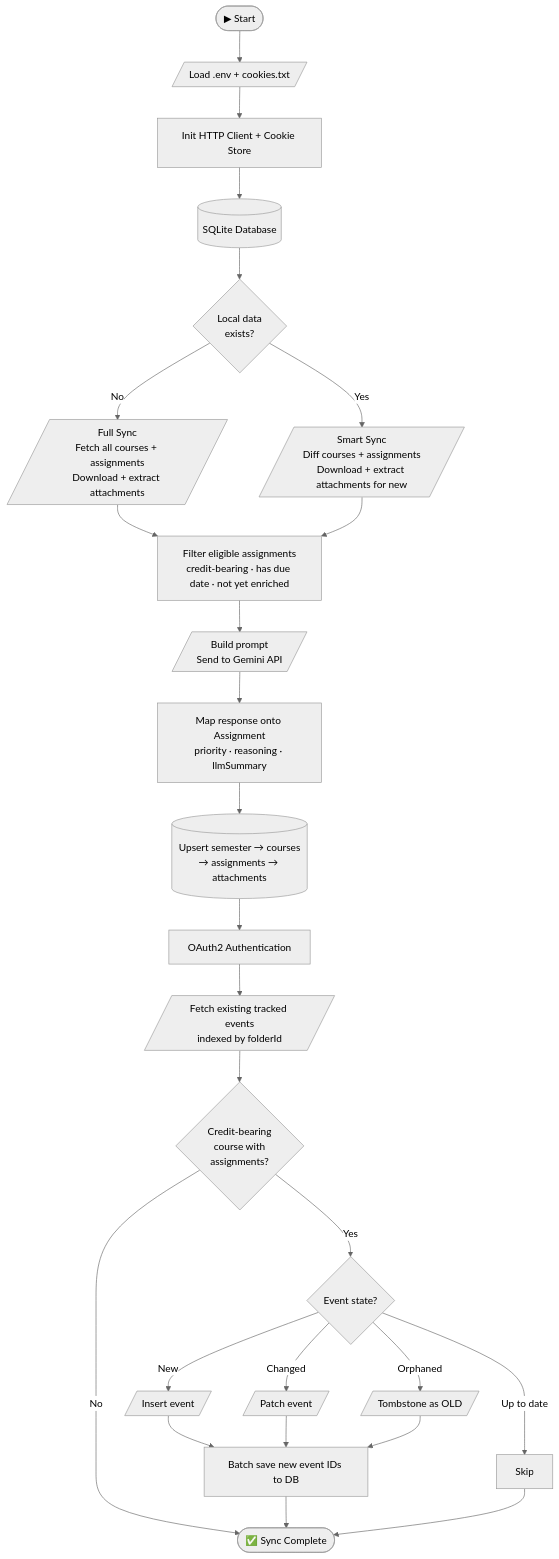
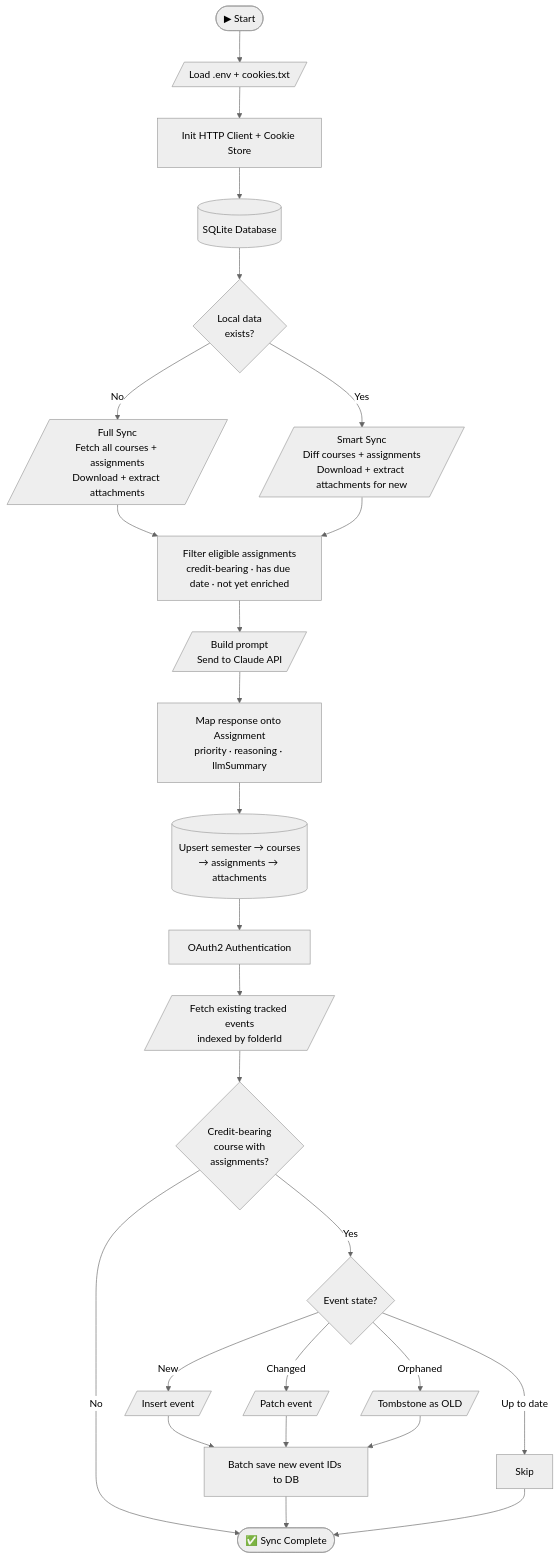
Before and after one commit to Adamolids/Brightspace_Assignment_Tracker: the diagram in README.md, drawn with Mermaid (neutral theme). The commit also changed other lines of this file and 16 other files, not shown here.

First line of the commit message:
Replace Gemini with Claude for assignment enrichment

````diff
--- a/README.md
+++ b/README.md
@@ -46,40 +54,40 @@
 ```mermaid
 flowchart TD
     START([▶ Start])
 
     START --> A1
 
     A1[/Load .env + cookies.txt/] --> A2[Init HTTP Client + Cookie Store]
     A2 --> A3[(SQLite Database)]
 
     A3 --> B1
 
     B1{Local data<br/>exists?}
     B1 -->|No| B2[/Full Sync<br/>Fetch all courses + assignments<br/>Download + extract attachments/]
     B1 -->|Yes| B3[/Smart Sync<br/>Diff courses + assignments<br/>Download + extract attachments for new/]
 
     B2 & B3 --> C1
 
-    C1[Filter eligible assignments<br/>credit-bearing · has due date · not yet enriched] --> C2[/Build prompt<br/>Send to Gemini API/]
+    C1[Filter eligible assignments<br/>credit-bearing · has due date · not yet enriched] --> C2[/Build prompt<br/>Send to Claude API/]
     C2 --> C3[Map response onto Assignment<br/>priority · reasoning · llmSummary]
 
     C3 --> D1
 
     D1[(Upsert semester → courses<br/>→ assignments → attachments)]
 
     D1 --> E1
 
     E1[OAuth2 Authentication] --> E2[/Fetch existing tracked events<br/>indexed by folderId/]
     E2 --> D2{Credit-bearing<br/>course with<br/>assignments?}
     D2 -->|No| END
     D2 -->|Yes| E3{Event state?}
 
     E3 -->|New| E4[/Insert event/]
     E3 -->|Changed| E5[/Patch event/]
     E3 -->|Up to date| E6[Skip]
     E3 -->|Orphaned| E7[/Tombstone as OLD/]
 
     E4 & E5 & E7 --> E8[Batch save new event IDs to DB]
 
     E8 & E6 --> END([✅ Sync Complete])
 ```
````
